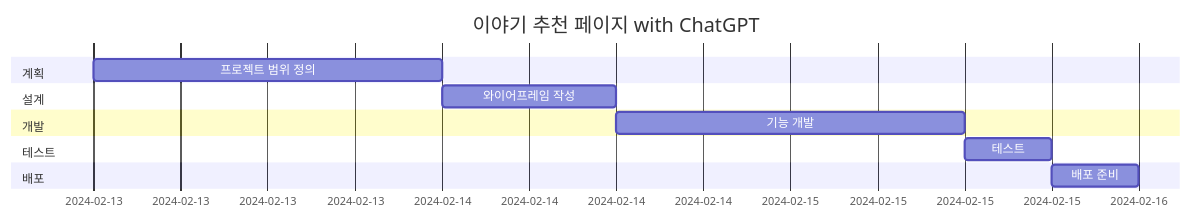
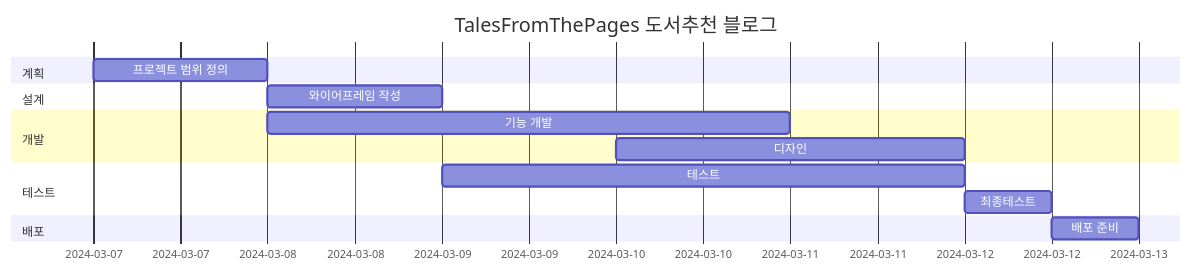
One commit to mkdirlife/TalesFromThePages changed the second of 3 diagrams in README.md. Above: the diagram before and after it, drawn with Mermaid.

Commit message:
Update README.md WBS 작성

````diff
--- a/README.md
+++ b/README.md
@@ -56,15 +56,17 @@
 ```mermaid
 gantt
-    title 이야기 추천 페이지 with ChatGPT
+    title TalesFromThePages 도서추천 블로그
     dateFormat  YYYY-MM-DD
     section 계획
-    프로젝트 범위 정의        :    des1, 2024-02-13, 1d
+    프로젝트 범위 정의        :    des1, 2024-03-07, 1d
     section 설계
-    와이어프레임 작성         :    des2, after des1, 12h
+    와이어프레임 작성         :    des2, 2024-03-08, 1d
     section 개발
-    기능 개발                :     dev1, after des2, 1d
+    기능 개발                :     dev1, after des1, 3d
+    디자인                :        dev2, 2024-03-10, 2d
     section 테스트
-    테스트                  :     tes1, after dev1, 6h
+    테스트                  :     tes1, 2024-03-09, 3d
+    최종테스트              :     tes2, 2024-03-12, 12h
     section 배포
-    배포 준비               :     dep1, after tes1, 6h
+    배포 준비               :     dep1, after tes2, 12h
 ```
````
